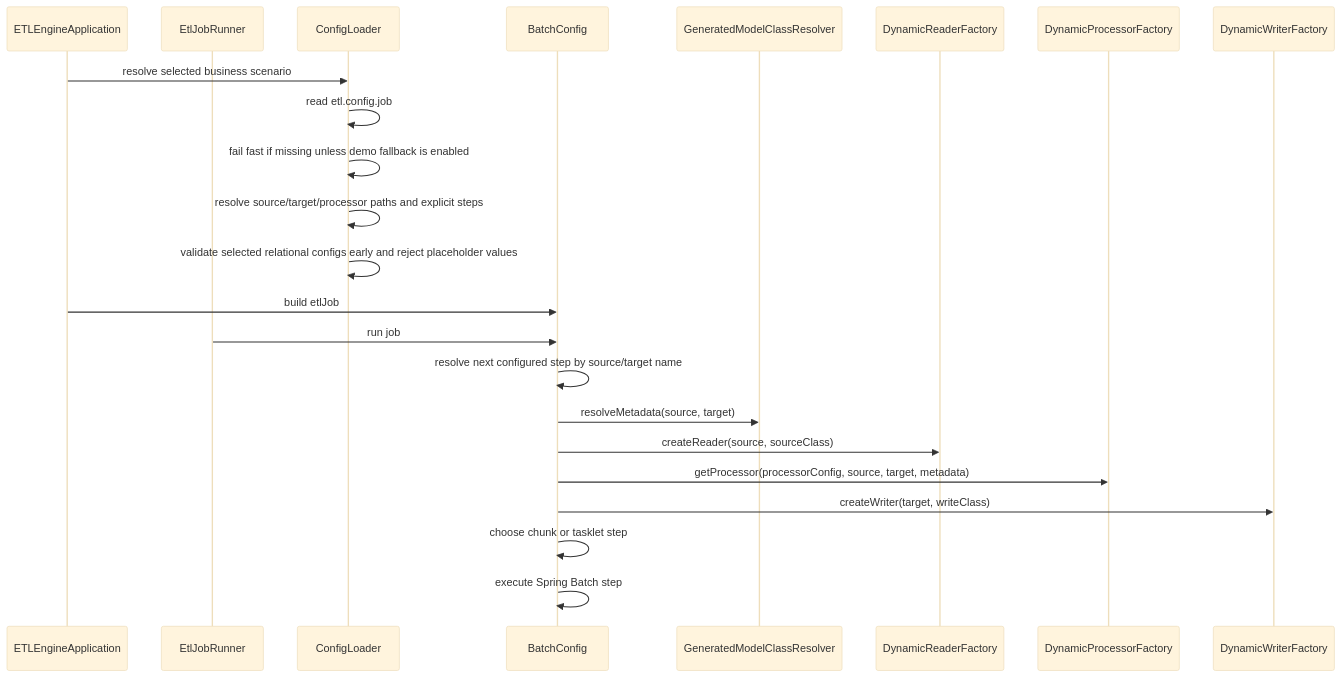
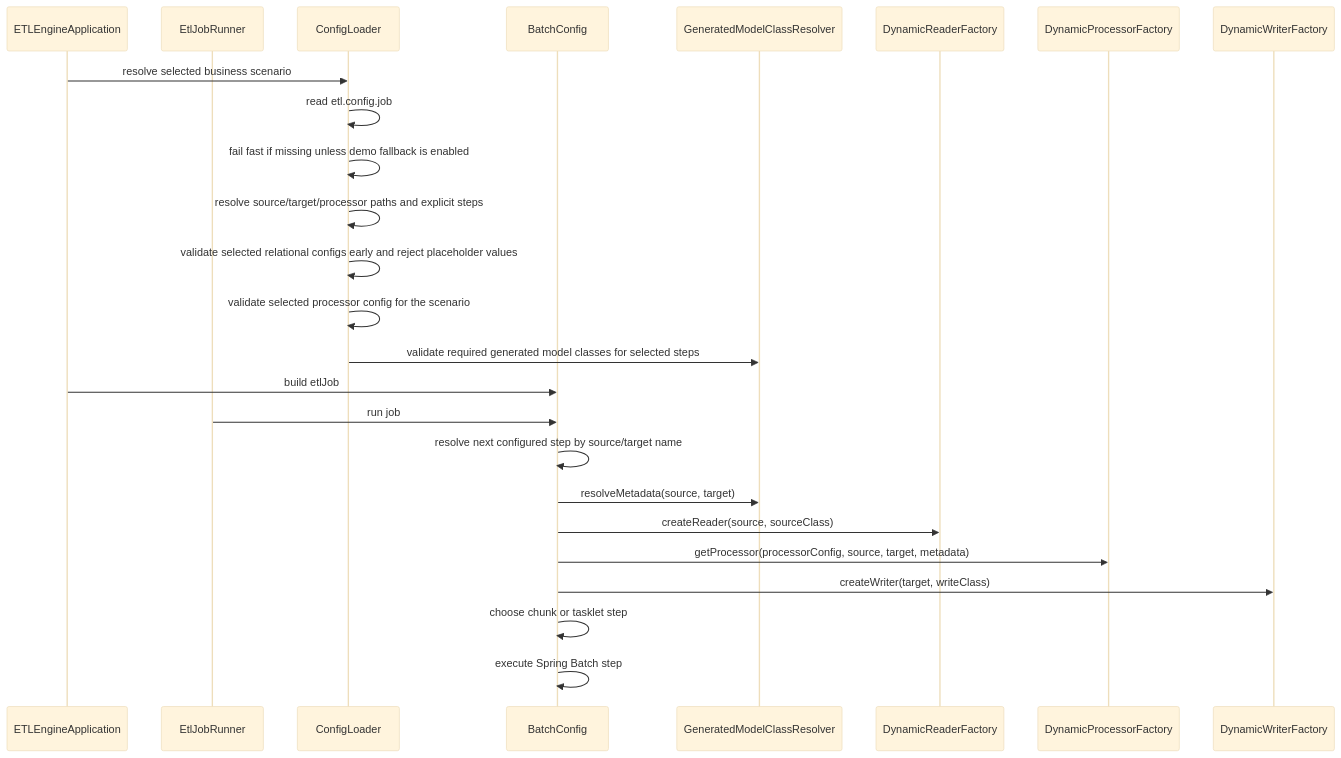
Before and after one commit to kbalanandam/spring-etl-engine: the second of 3 diagrams in docs/architecture/runtime-flow.md, drawn with Mermaid (base theme). The commit also changed other lines of this file and 3 other files, not shown here.

Commit message:
docs: sync architecture and config references for XML hardening

````diff
--- a/docs/architecture/runtime-flow.md
+++ b/docs/architecture/runtime-flow.md
@@ -42,26 +42,28 @@
 ```mermaid
 sequenceDiagram
     participant App as ETLEngineApplication
     participant Runner as EtlJobRunner
     participant Loader as ConfigLoader
     participant Batch as BatchConfig
     participant Resolver as GeneratedModelClassResolver
     participant ReaderF as DynamicReaderFactory
     participant ProcF as DynamicProcessorFactory
     participant WriterF as DynamicWriterFactory
 
     App->>Loader: resolve selected business scenario
     Loader->>Loader: read etl.config.job
     Loader->>Loader: fail fast if missing unless demo fallback is enabled
     Loader->>Loader: resolve source/target/processor paths and explicit steps
     Loader->>Loader: validate selected relational configs early and reject placeholder values
+    Loader->>Loader: validate selected processor config for the scenario
+    Loader->>Resolver: validate required generated model classes for selected steps
     App->>Batch: build etlJob
     Runner->>Batch: run job
     Batch->>Batch: resolve next configured step by source/target name
     Batch->>Resolver: resolveMetadata(source, target)
     Batch->>ReaderF: createReader(source, sourceClass)
     Batch->>ProcF: getProcessor(processorConfig, source, target, metadata)
     Batch->>WriterF: createWriter(target, writeClass)
     Batch->>Batch: choose chunk or tasklet step
     Batch->>Batch: execute Spring Batch step
 ```
````
